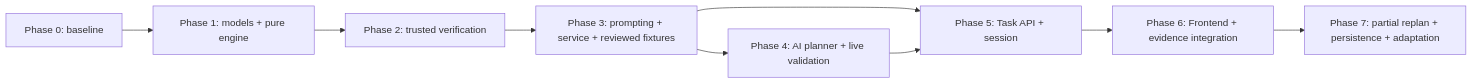
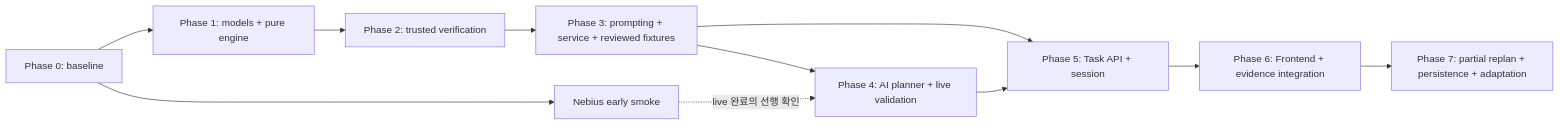
Before and after one commit to junservice/contextcue: the diagram in backend/IMPLEMENTATION_PLAN.md, drawn with Mermaid. The commit also changed other lines of this file and 2 other files, not shown here.

Commit message:
planning phase

````diff
--- a/backend/IMPLEMENTATION_PLAN.md
+++ b/backend/IMPLEMENTATION_PLAN.md
@@ -146,11 +174,13 @@
 ```mermaid
 flowchart LR
-  P0[Phase 0: baseline] --> P1[Phase 1: models + pure engine]
+  P0[Phase 0: baseline] --> NS[Nebius early smoke]
+  P0 --> P1[Phase 1: models + pure engine]
   P1 --> P2[Phase 2: trusted verification]
   P2 --> P3[Phase 3: prompting + service + reviewed fixtures]
   P3 --> P4[Phase 4: AI planner + live validation]
+  NS -. live 완료의 선행 확인 .-> P4
   P3 --> P5[Phase 5: Task API + session]
   P4 --> P5
   P5 --> P6[Phase 6: Frontend + evidence integration]
   P6 --> P7[Phase 7: partial replan + persistence + adaptation]
 ```
````
